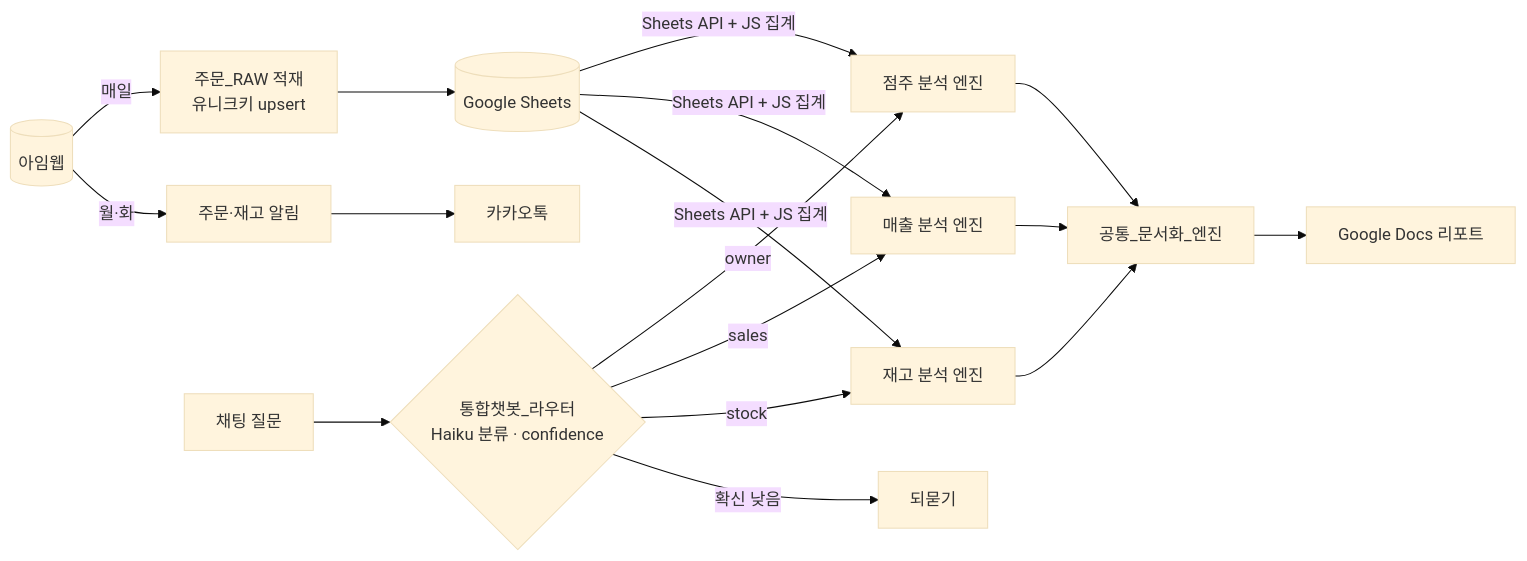
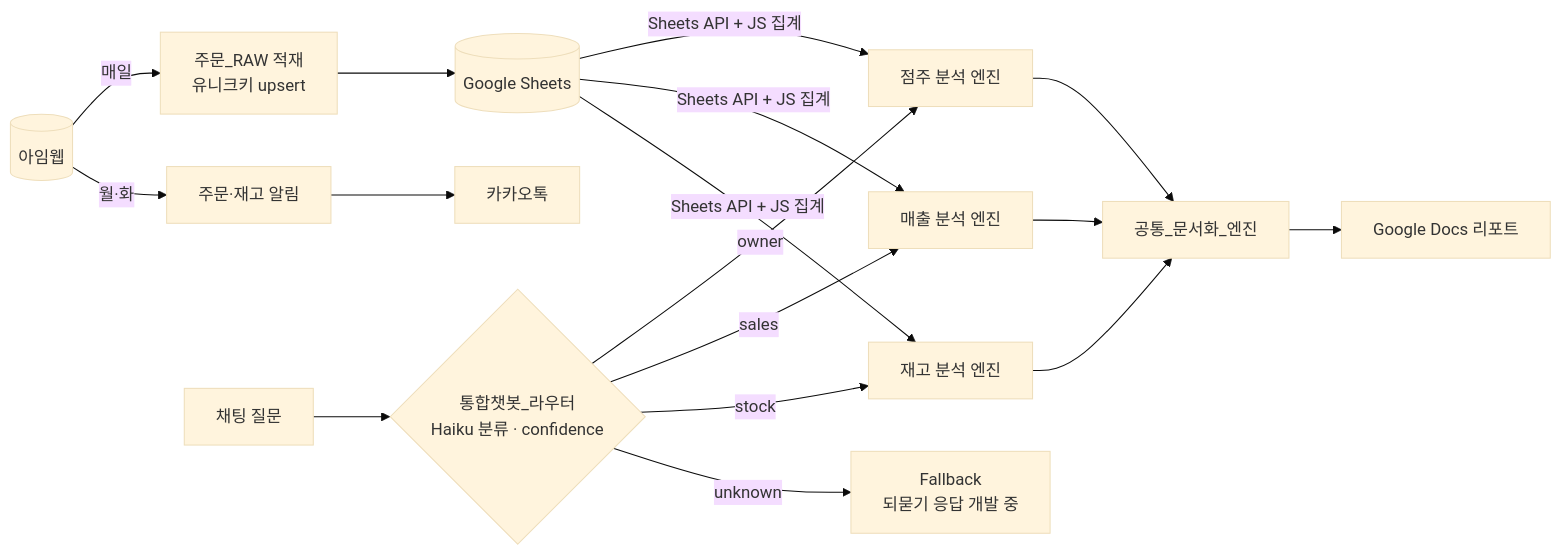
Before and after one commit to TaeJeong-Eom/Aromaforest_workflow: the diagram in README.md, drawn with Mermaid (base theme). The commit also changed other lines of this file, not shown here.

First line of the commit message:
docs: README 서술을 워크플로우 실제 동작과 일치시킴

````diff
--- a/README.md
+++ b/README.md
@@ -45,14 +45,14 @@
 ```mermaid
 flowchart LR
     IMWEB[(아임웹)] -->|매일| RAW[주문_RAW 적재<br/>유니크키 upsert]
     RAW --> SHEET[(Google Sheets)]
     IMWEB -->|월·화| ALERT[주문·재고 알림] --> KAKAO[카카오톡]
 
     Q[채팅 질문] --> ROUTER{통합챗봇_라우터<br/>Haiku 분류 · confidence}
     ROUTER -->|owner| E1[점주 분석 엔진]
     ROUTER -->|sales| E2[매출 분석 엔진]
     ROUTER -->|stock| E3[재고 분석 엔진]
-    ROUTER -->|확신 낮음| ASK[되묻기]
+    ROUTER -->|unknown| ASK[Fallback<br/>되묻기 응답 개발 중]
     SHEET -->|Sheets API + JS 집계| E1 & E2 & E3
     E1 & E2 & E3 --> DOC[공통_문서화_엔진] --> GDOC[Google Docs 리포트]
 ```
````
